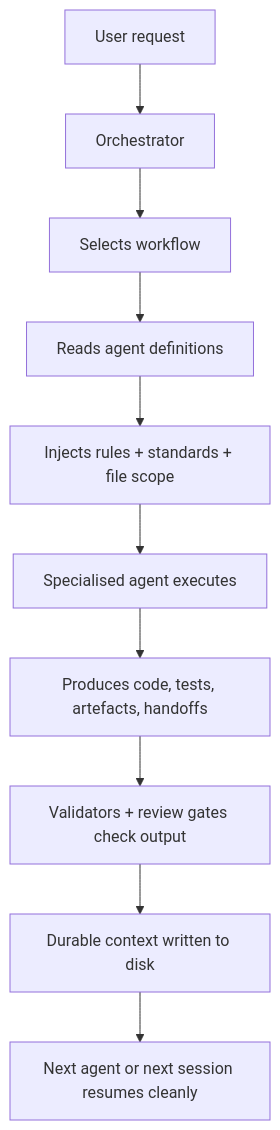
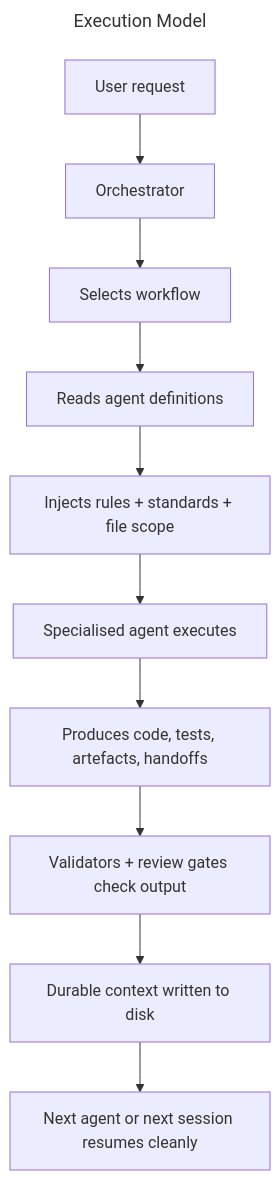
One commit to Schmoiger/start-here changed the diagram in context/docs/agentic-framework.md. Above: the diagram before and after it, drawn with Mermaid. The commit also changed other lines of this file, not shown here.

First line of the commit message:
docs(agentic-framework): fix persona path, add mermaid title, add typst-skip markers

````diff
--- a/context/docs/agentic-framework.md
+++ b/context/docs/agentic-framework.md
@@ -82,12 +82,15 @@
 ```mermaid
+---
+title: Execution Model
+---
 flowchart TD
     A[User request] --> B[Orchestrator]
     B --> C[Selects workflow]
     C --> D[Reads agent definitions]
     D --> E[Injects rules + standards + file scope]
     E --> F[Specialised agent executes]
     F --> G[Produces code, tests, artefacts, handoffs]
     G --> H[Validators + review gates check output]
     H --> I[Durable context written to disk]
     I --> J[Next agent or next session resumes cleanly]
 ```
````
